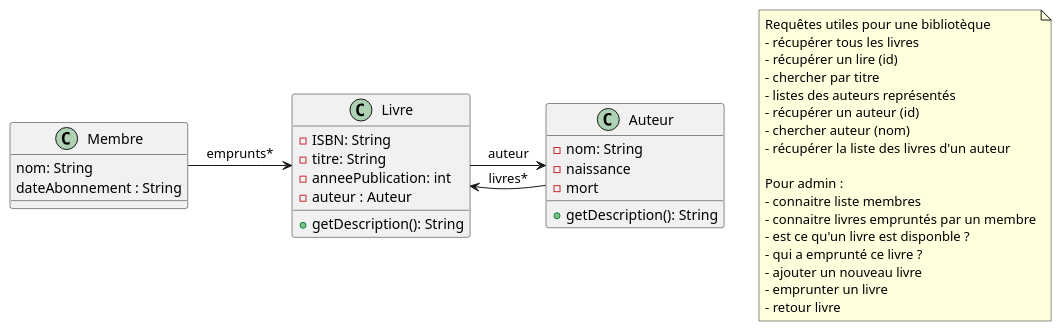
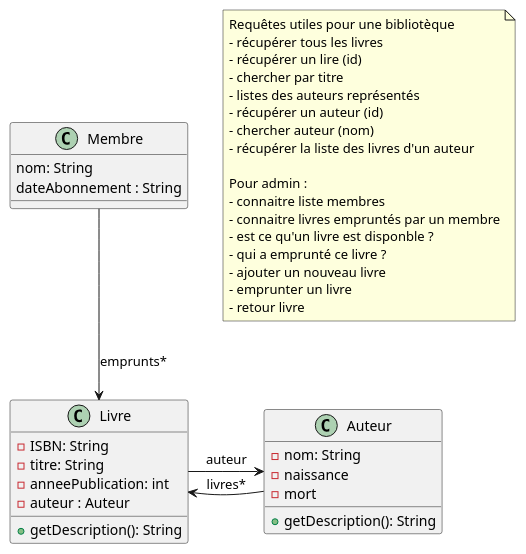
The diagram in doc/1_Classes_Bases.puml (florentBourgeois/biblioWeb-25-26), drawn with PlantUML before and after one commit. The commit also changed 2 other files, not shown here.

Commit message:
ajout membre avec lombok

```diff
--- a/doc/1_Classes_Bases.puml
+++ b/doc/1_Classes_Bases.puml
@@ -1,35 +1,35 @@
 @startuml
 'https://plantuml.com/sequence-diagram
 
 class Livre {
     - ISBN: String
     - titre: String
     - anneePublication: int
     - auteur : Auteur
 
     + getDescription(): String
 }
 
 class Auteur {
 - nom: String
 - naissance
 - mort
 
 + getDescription(): String
 }
 
 class Membre {
     nom: String
     dateAbonnement : String
 }
 
 
 Livre ->  Auteur : auteur
 Auteur -> Livre : livres*
 
-Membre -> Livre : emprunts*
+Membre --> Livre : emprunts*
 
 note "Requêtes utiles pour une bibliotèque\n- récupérer tous les livres\n- récupérer un lire (id)\n- chercher par titre\n- listes des auteurs représentés\n- récupérer un auteur (id)\n- chercher auteur (nom)\n- récupérer la liste des livres d'un auteur\n\nPour admin : \n- connaitre liste membres\n- connaitre livres empruntés par un membre\n- est ce qu'un livre est disponble ? \n- qui a emprunté ce livre ?\n- ajouter un nouveau livre\n- emprunter un livre\n- retour livre" as N1
 
 
 @enduml
```
